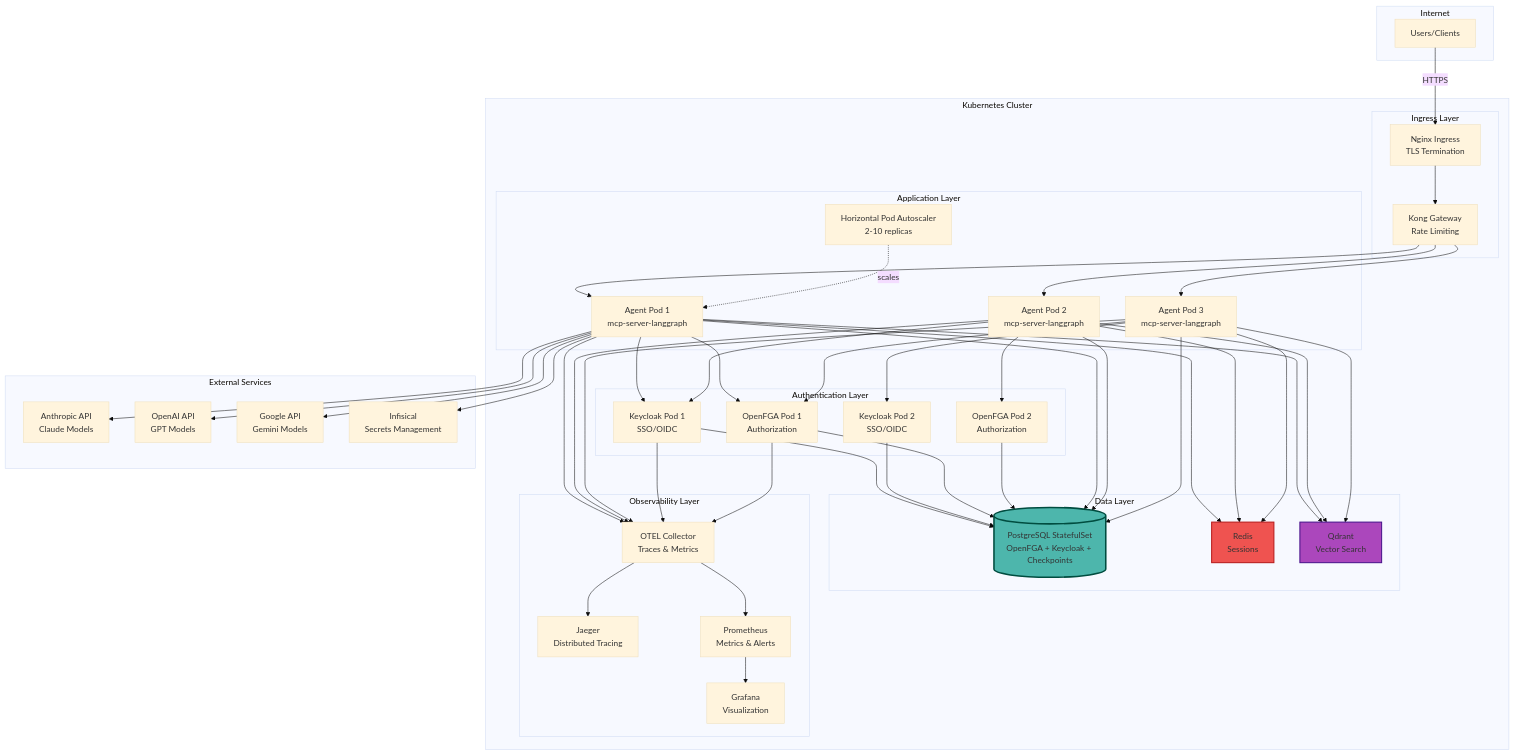
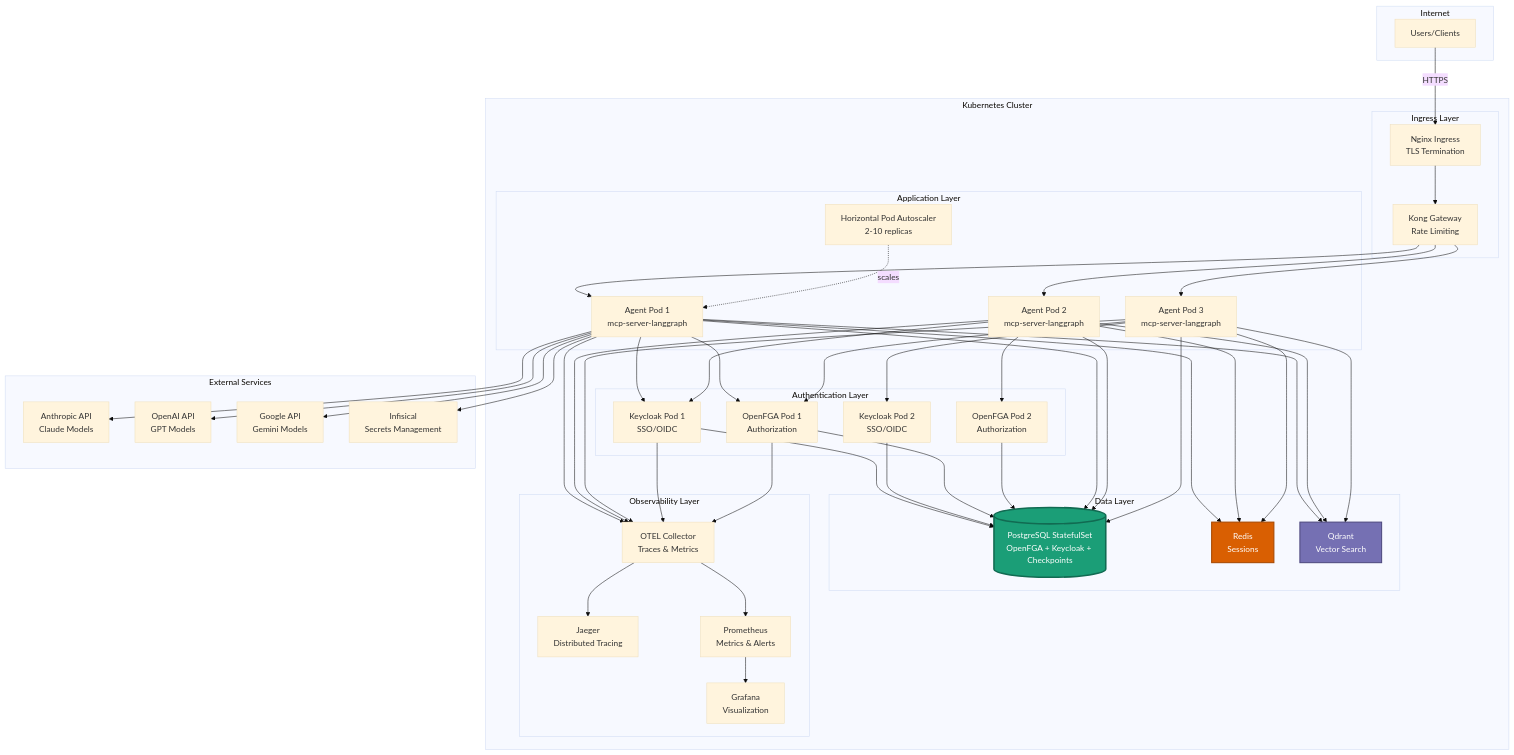
One commit to vishnu2kmohan/mcp-server-langgraph changed the fourth of 10 diagrams in docs/diagrams/system-architecture.mdx. Above: the diagram before and after it, drawn with Mermaid (base theme). The commit also changed other lines of this file and 4 other files, not shown here.

First line of the commit message:
style: update Mermaid diagrams to dark mode-friendly ColorBrewer2 palette

````diff
--- a/docs/diagrams/system-architecture.mdx
+++ b/docs/diagrams/system-architecture.mdx
@@ -288,7 +288,7 @@
     OTELCol --> PrometheusPod
     PrometheusPod --> GrafanaPod
 
-    style PostgresDB fill:#4db6ac,stroke:#004d40,stroke-width:3px
-    style RedisPod fill:#ef5350,stroke:#b71c1c,stroke-width:2px
-    style QdrantPod fill:#ab47bc,stroke:#4a148c,stroke-width:2px
+    style PostgresDB fill:#1b9e77,stroke:#116b52,stroke-width:3px,color:#fff
+    style RedisPod fill:#d95f02,stroke:#a64801,stroke-width:2px,color:#fff
+    style QdrantPod fill:#7570b3,stroke:#4e4a7f,stroke-width:2px,color:#fff
 ```
````
